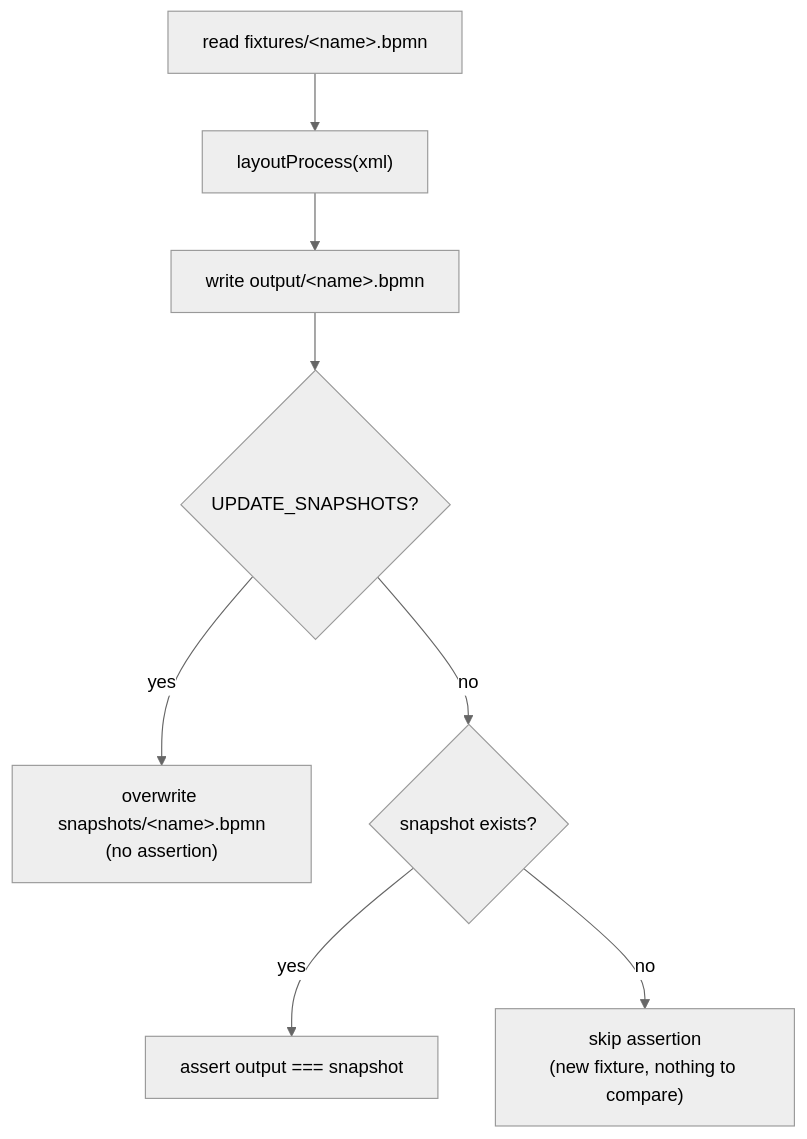
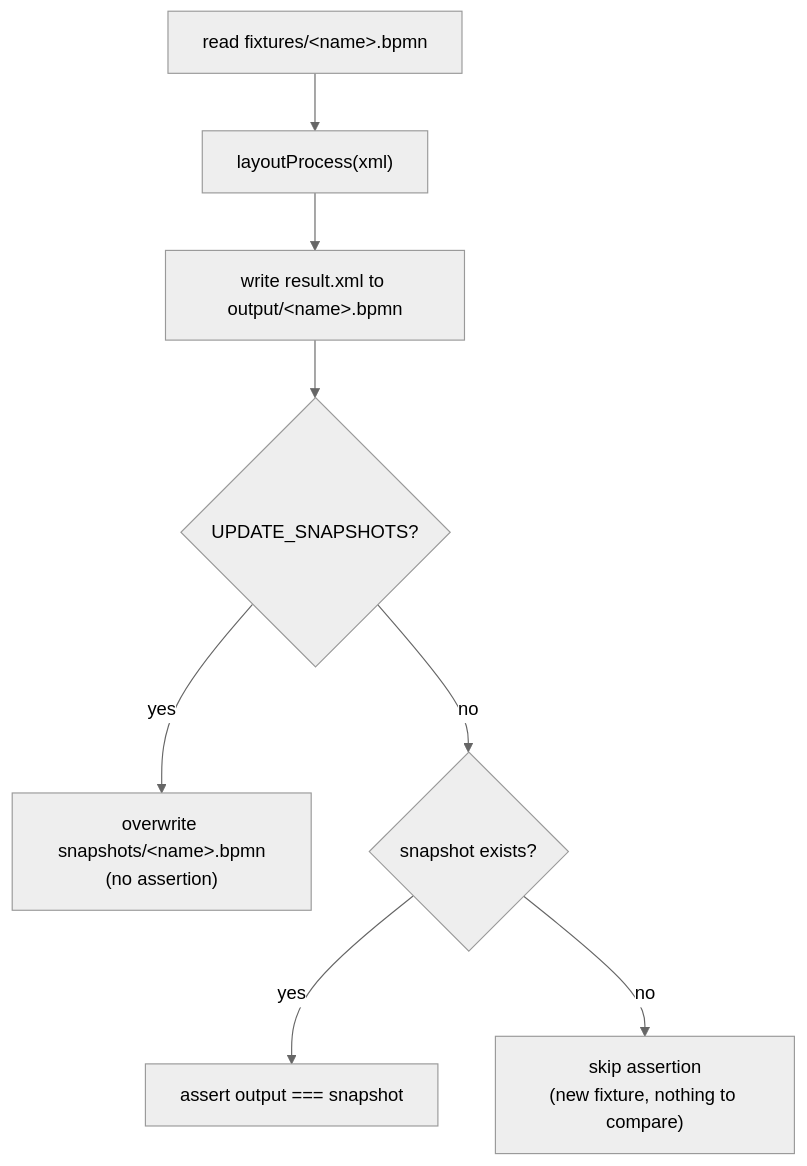
The diagram in test/README.md (bpmn-io/bpmn-auto-layout), drawn with Mermaid (neutral theme) before and after one commit. The commit also changed other lines of this file and 11 other files, not shown here.

````diff
--- a/test/README.md
+++ b/test/README.md
@@ -39,10 +39,10 @@
 ```mermaid
 flowchart TD
     A["read fixtures/&lt;name&gt;.bpmn"] --> B["layoutProcess(xml)"]
-    B --> C["write output/&lt;name&gt;.bpmn"]
+    B --> C["write result.xml to output/&lt;name&gt;.bpmn"]
     C --> D{"UPDATE_SNAPSHOTS?"}
     D -- "yes" --> E["overwrite snapshots/&lt;name&gt;.bpmn<br/>(no assertion)"]
     D -- "no" --> F{"snapshot exists?"}
     F -- "yes" --> G["assert output === snapshot"]
     F -- "no" --> H["skip assertion<br/>(new fixture, nothing to compare)"]
 ```
````
